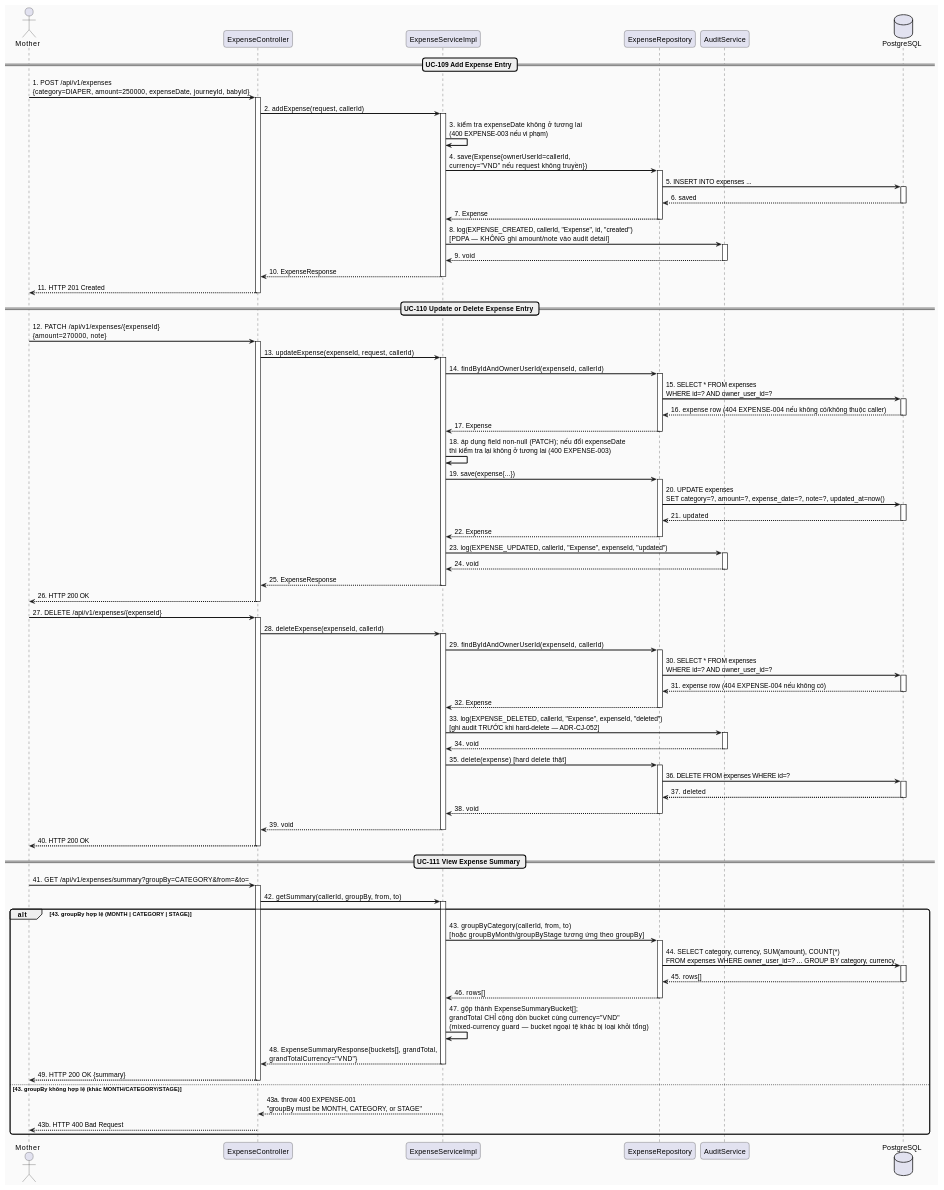
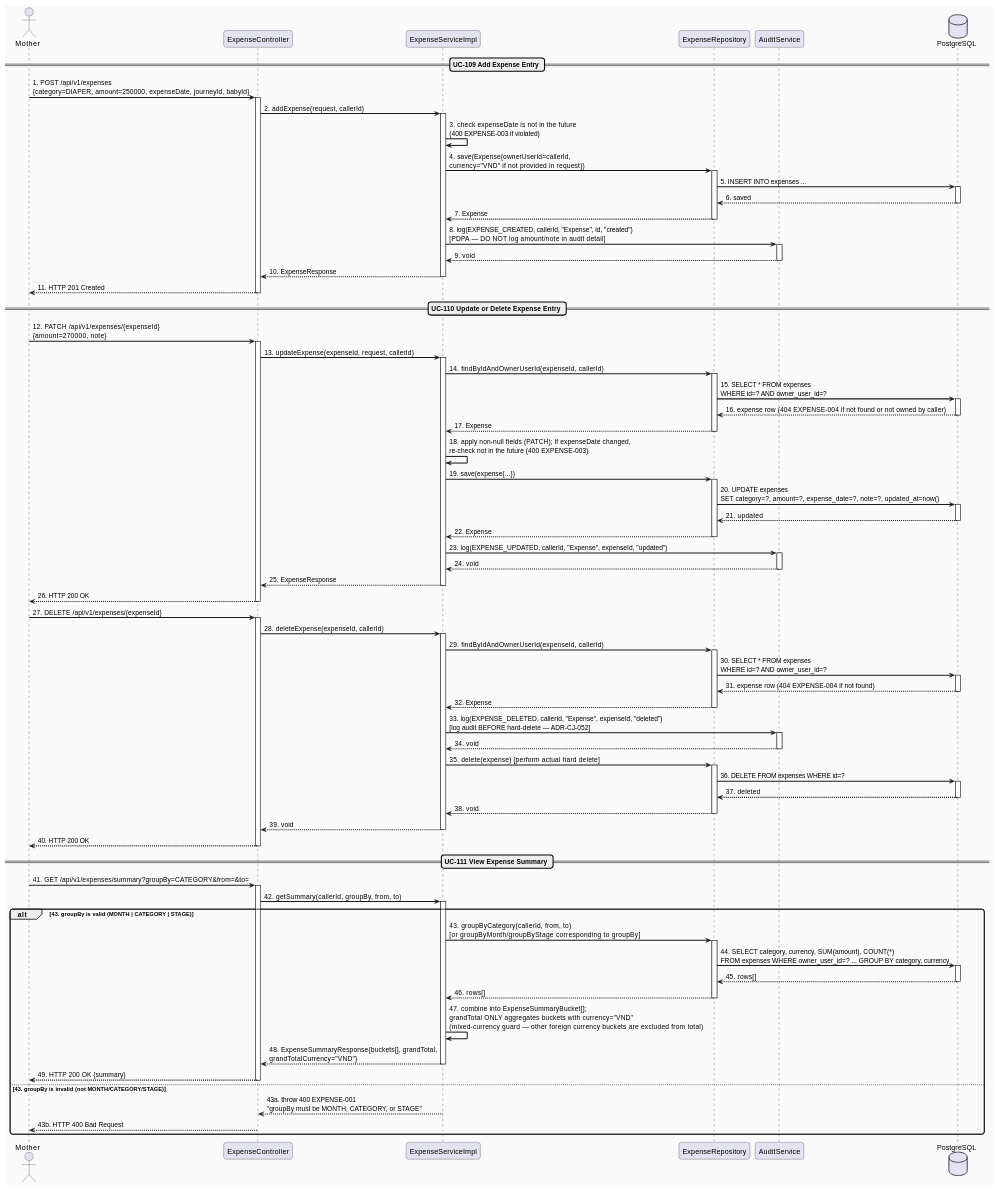
The second of 3 diagrams in docs/Detailed_Design/MF12_Expense_Preparation_Planner/01_Expense_Entry_Summary.md (ChuongBDHE172784/CareBridge_SEP490_G79), drawn with PlantUML before and after one commit. The commit also changed 49 other files, not shown here.

Commit message:
docs: translate technical design documentation and sequence diagrams to English

```diff
--- a/docs/Detailed_Design/MF12_Expense_Preparation_Planner/01_Expense_Entry_Summary.md
+++ b/docs/Detailed_Design/MF12_Expense_Preparation_Planner/01_Expense_Entry_Summary.md
@@ -117,8 +117,8 @@
 activate Controller
 Controller -> Service : 2. addExpense(request, callerId)
 activate Service
-Service -> Service : 3. kiểm tra expenseDate không ở tương lai\n(400 EXPENSE-003 nếu vi phạm)
-Service -> Repo : 4. save(Expense{ownerUserId=callerId,\ncurrency="VND" nếu request không truyền})
+Service -> Service : 3. check expenseDate is not in the future\n(400 EXPENSE-003 if violated)
+Service -> Repo : 4. save(Expense{ownerUserId=callerId,\ncurrency="VND" if not provided in request})
 activate Repo
 Repo -> DB : 5. INSERT INTO expenses ...
 activate DB
@@ -126,7 +126,7 @@
 deactivate DB
 Repo --> Service : 7. Expense
 deactivate Repo
-Service -> Audit : 8. log(EXPENSE_CREATED, callerId, "Expense", id, "created")\n[PDPA — KHÔNG ghi amount/note vào audit detail]
+Service -> Audit : 8. log(EXPENSE_CREATED, callerId, "Expense", id, "created")\n[PDPA — DO NOT log amount/note in audit detail]
 activate Audit
 Audit --> Service : 9. void
 deactivate Audit
@@ -144,11 +144,11 @@
 activate Repo
 Repo -> DB : 15. SELECT * FROM expenses\nWHERE id=? AND owner_user_id=?
 activate DB
-DB --> Repo : 16. expense row (404 EXPENSE-004 nếu không có/không thuộc caller)
+DB --> Repo : 16. expense row (404 EXPENSE-004 if not found or not owned by caller)
 deactivate DB
 Repo --> Service : 17. Expense
 deactivate Repo
-Service -> Service : 18. áp dụng field non-null (PATCH); nếu đổi expenseDate\nthì kiểm tra lại không ở tương lai (400 EXPENSE-003)
+Service -> Service : 18. apply non-null fields (PATCH); if expenseDate changed,\nre-check not in the future (400 EXPENSE-003)
 Service -> Repo : 19. save(expense{...})
 activate Repo
 Repo -> DB : 20. UPDATE expenses\nSET category=?, amount=?, expense_date=?, note=?, updated_at=now()
@@ -174,15 +174,15 @@
 activate Repo
 Repo -> DB : 30. SELECT * FROM expenses\nWHERE id=? AND owner_user_id=?
 activate DB
-DB --> Repo : 31. expense row (404 EXPENSE-004 nếu không có)
+DB --> Repo : 31. expense row (404 EXPENSE-004 if not found)
 deactivate DB
 Repo --> Service : 32. Expense
 deactivate Repo
-Service -> Audit : 33. log(EXPENSE_DELETED, callerId, "Expense", expenseId, "deleted")\n[ghi audit TRƯỚC khi hard-delete — ADR-CJ-052]
+Service -> Audit : 33. log(EXPENSE_DELETED, callerId, "Expense", expenseId, "deleted")\n[log audit BEFORE hard-delete — ADR-CJ-052]
 activate Audit
 Audit --> Service : 34. void
 deactivate Audit
-Service -> Repo : 35. delete(expense) [hard delete thật]
+Service -> Repo : 35. delete(expense) [perform actual hard delete]
 activate Repo
 Repo -> DB : 36. DELETE FROM expenses WHERE id=?
 activate DB
@@ -200,8 +200,8 @@
 activate Controller
 Controller -> Service : 42. getSummary(callerId, groupBy, from, to)
 activate Service
-alt 43. groupBy hợp lệ (MONTH | CATEGORY | STAGE)
-  Service -> Repo : 43. groupByCategory(callerId, from, to)\n[hoặc groupByMonth/groupByStage tương ứng theo groupBy]
+alt 43. groupBy is valid (MONTH | CATEGORY | STAGE)
+  Service -> Repo : 43. groupByCategory(callerId, from, to)\n[or groupByMonth/groupByStage corresponding to groupBy]
   activate Repo
   Repo -> DB : 44. SELECT category, currency, SUM(amount), COUNT(*)\nFROM expenses WHERE owner_user_id=? ... GROUP BY category, currency
   activate DB
@@ -209,12 +209,12 @@
   deactivate DB
   Repo --> Service : 46. rows[]
   deactivate Repo
-  Service -> Service : 47. gộp thành ExpenseSummaryBucket[];\ngrandTotal CHỈ cộng dồn bucket cùng currency="VND"\n(mixed-currency guard — bucket ngoại tệ khác bị loại khỏi tổng)
+  Service -> Service : 47. combine into ExpenseSummaryBucket[];\ngrandTotal ONLY aggregates buckets with currency="VND"\n(mixed-currency guard — other foreign currency buckets are excluded from total)
   Service --> Controller : 48. ExpenseSummaryResponse{buckets[], grandTotal,\ngrandTotalCurrency="VND"}
   deactivate Service
   Controller --> M : 49. HTTP 200 OK {summary}
   deactivate Controller
-else 43. groupBy không hợp lệ (khác MONTH/CATEGORY/STAGE)
+else 43. groupBy is invalid (not MONTH/CATEGORY/STAGE)
   Service --> Controller : 43a. throw 400 EXPENSE-001\n"groupBy must be MONTH, CATEGORY, or STAGE"
   deactivate Service
   Controller --> M : 43b. HTTP 400 Bad Request
```
